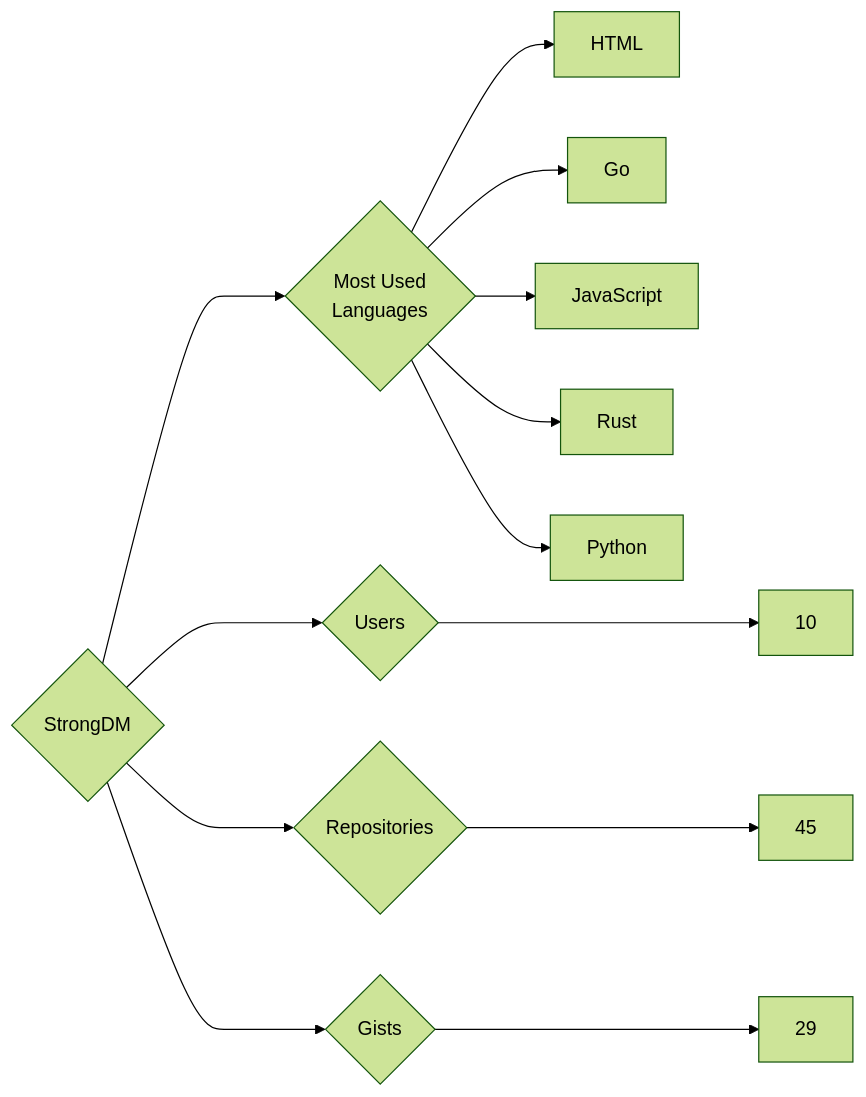
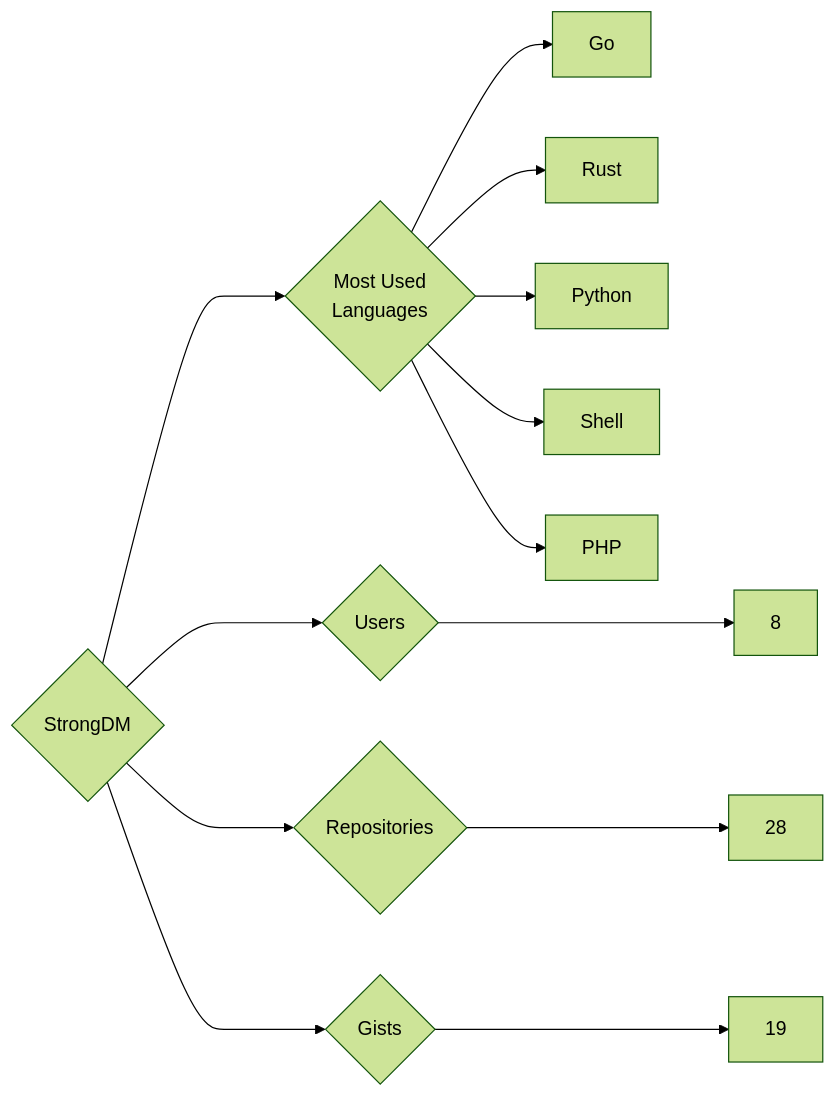
The diagram in targets/StrongDM/README.md (trickest/insiders), drawn with Mermaid (forest theme) before and after one commit. The commit also changed 787 other files, not shown here.

````diff
--- a/targets/StrongDM/README.md
+++ b/targets/StrongDM/README.md
@@ -3,13 +3,13 @@
 ```mermaid
 graph LR
 COMPANY_NAME{StrongDM}
-COMPANY_NAME ---> U{Users} ---> UN[10]
-COMPANY_NAME ---> R{Repositories} ---> RN[45]
-COMPANY_NAME ---> G{Gists} ---> GN[29]
+COMPANY_NAME ---> U{Users} ---> UN[8]
+COMPANY_NAME ---> R{Repositories} ---> RN[28]
+COMPANY_NAME ---> G{Gists} ---> GN[19]
 COMPANY_NAME ---> ML{Most Used<br>Languages}
-ML --> HTML[HTML]
 ML --> Go[Go]
-ML --> JavaScript[JavaScript]
 ML --> Rust[Rust]
 ML --> Python[Python]
+ML --> Shell[Shell]
+ML --> PHP[PHP]
 ```
````
